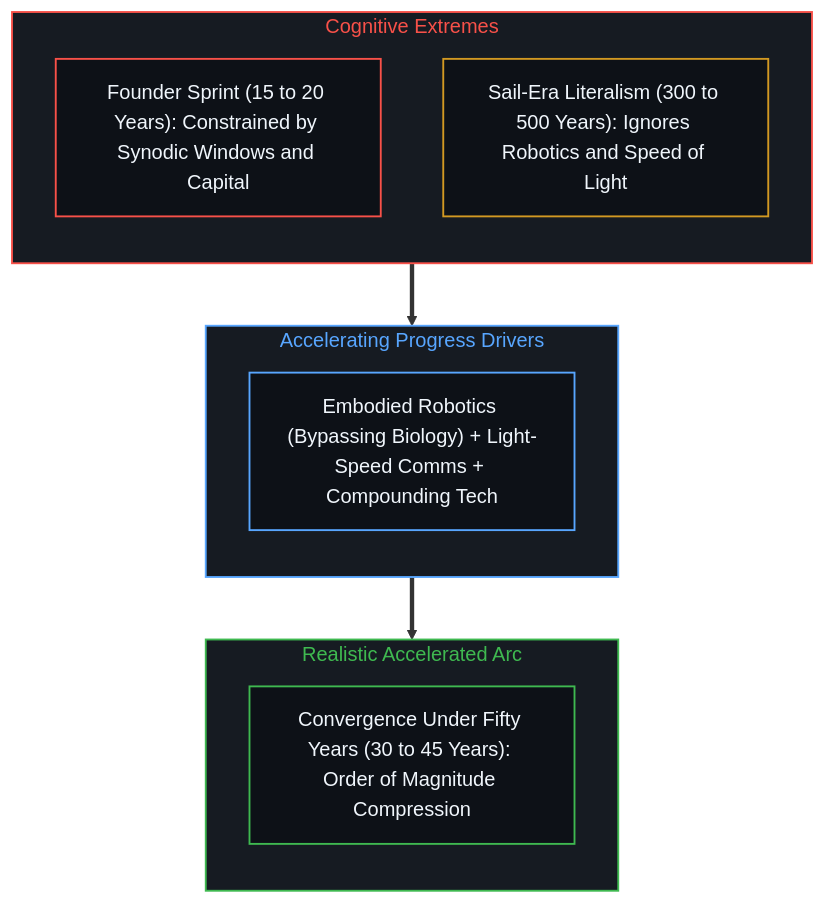
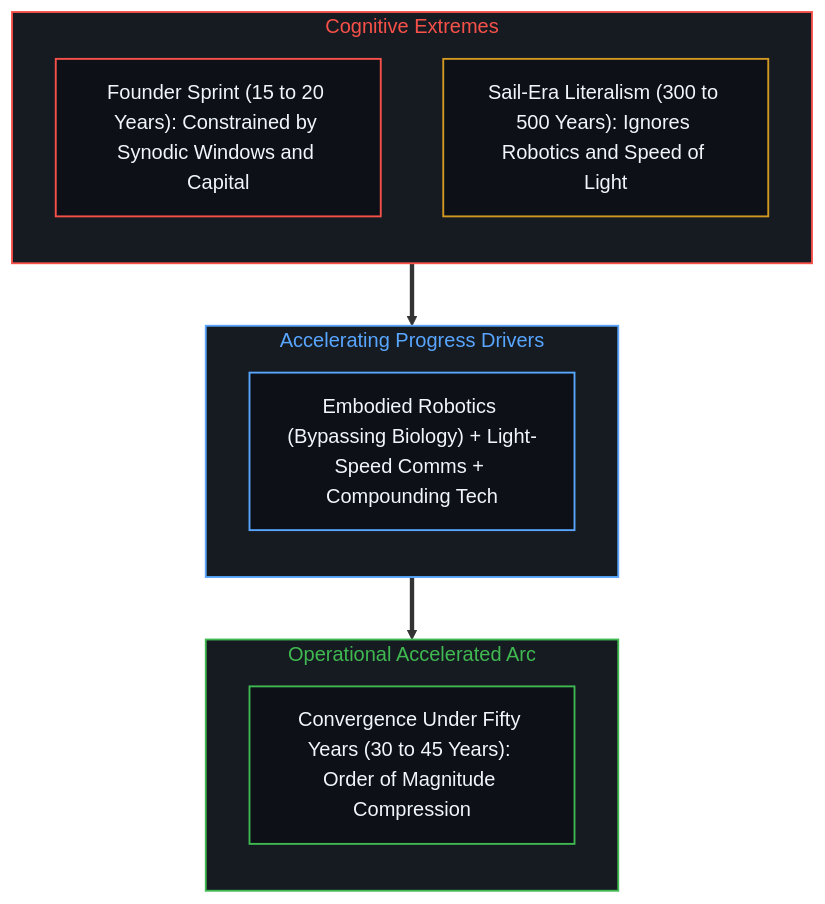
The tenth of 14 diagrams in content/posts/beyond-the-hundred-trillion-horizon.md (powerpig99/not-a-toe), drawn with Mermaid before and after one commit. The commit also changed other lines of this file and 6 other files, not shown here.

````diff
--- a/content/posts/beyond-the-hundred-trillion-horizon.md
+++ b/content/posts/beyond-the-hundred-trillion-horizon.md
@@ -421,31 +376,26 @@
 ```mermaid
 flowchart TD
     classDef default fill:#0d1117,stroke:#30363d,stroke-width:1px,color:#f0f6fc;
     classDef mind fill:#0d1117,stroke:#3fb950,stroke-width:1.5px,color:#f0f6fc;
     classDef warn fill:#0d1117,stroke:#d29922,stroke-width:1.5px,color:#f0f6fc;
     classDef fail fill:#0d1117,stroke:#f85149,stroke-width:1.5px,color:#f0f6fc;
     classDef model fill:#0d1117,stroke:#58a6ff,stroke-width:1.5px,color:#f0f6fc;
-
     subgraph S_EXTREMES_EN ["Cognitive Extremes"]
         direction TB
         SPRINT["Founder Sprint (15 to 20 Years): Constrained by Synodic Windows and Capital"]:::fail
         SAIL["Sail-Era Literalism (300 to 500 Years): Ignores Robotics and Speed of Light"]:::warn
     end
-
     subgraph S_DRIVERS_EN ["Accelerating Progress Drivers"]
         direction TB
         ACCEL["Embodied Robotics (Bypassing Biology) + Light-Speed Comms + Compounding Tech"]:::model
     end
-
-    subgraph S_REALITY_EN ["Realistic Accelerated Arc"]
+    subgraph S_REALITY_EN ["Operational Accelerated Arc"]
         direction TB
         WINDOW["Convergence Under Fifty Years (30 to 45 Years): Order of Magnitude Compression"]:::mind
     end
-
     S_EXTREMES_EN ==> S_DRIVERS_EN
     S_DRIVERS_EN ==> S_REALITY_EN
-
     style S_EXTREMES_EN fill:#161b22,stroke:#f85149,stroke-width:1.5px,color:#f85149
     style S_DRIVERS_EN fill:#161b22,stroke:#58a6ff,stroke-width:1.5px,color:#58a6ff
     style S_REALITY_EN fill:#161b22,stroke:#3fb950,stroke-width:1.5px,color:#3fb950
 ```
````
